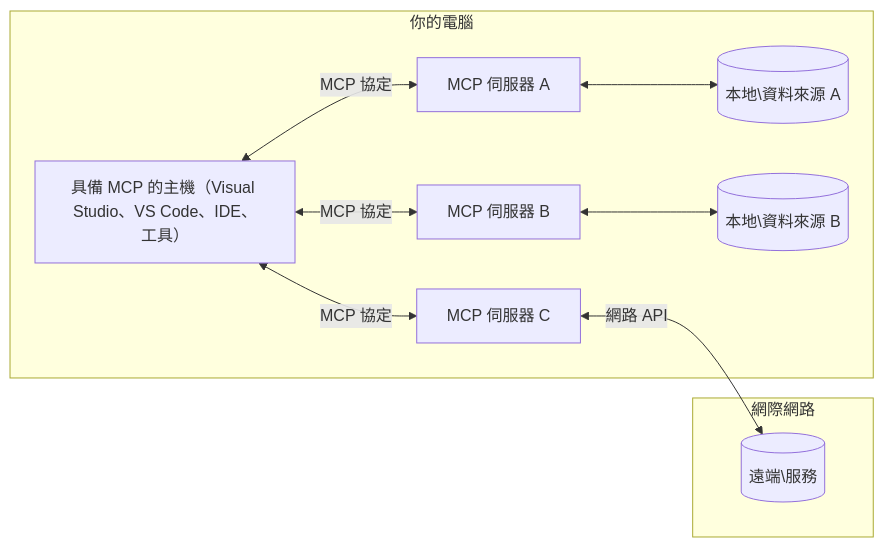
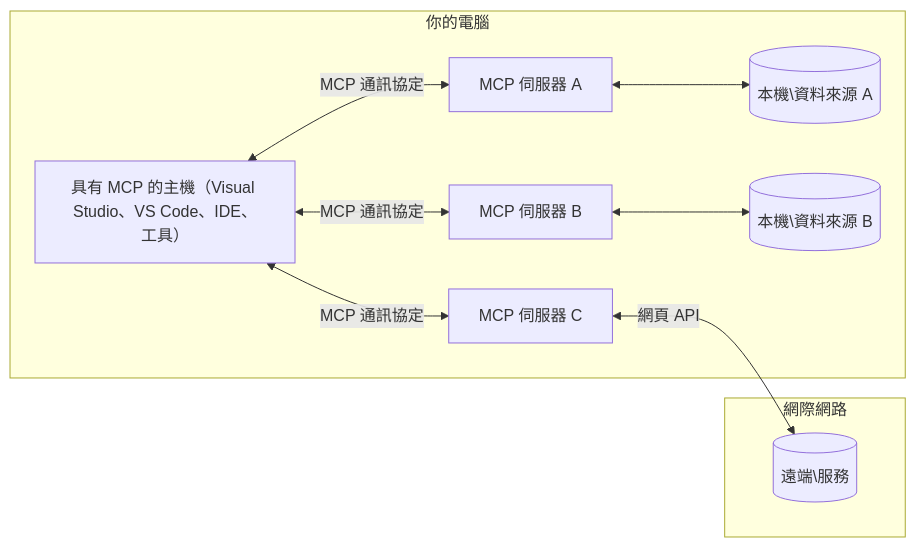
One commit to Mu-L/mcp-for-beginners changed the diagram in translations/zh-TW/01-CoreConcepts/README.md. Above: the diagram before and after it, drawn with Mermaid. The commit also changed other lines of this file and 5 other files, not shown here.

````diff
--- a/translations/zh-TW/01-CoreConcepts/README.md
+++ b/translations/zh-TW/01-CoreConcepts/README.md
@@ -45,17 +45,17 @@
 ```mermaid
 flowchart LR
     subgraph "你的電腦"
-        Host["具備 MCP 的主機（Visual Studio、VS Code、IDE、工具）"]
+        Host["具有 MCP 的主機（Visual Studio、VS Code、IDE、工具）"]
         S1["MCP 伺服器 A"]
         S2["MCP 伺服器 B"]
         S3["MCP 伺服器 C"]
-        Host <-->|"MCP 協定"| S1
-        Host <-->|"MCP 協定"| S2
-        Host <-->|"MCP 協定"| S3
-        S1 <--> D1[("本地\資料來源 A")]
-        S2 <--> D2[("本地\資料來源 B")]
+        Host <-->|"MCP 通訊協定"| S1
+        Host <-->|"MCP 通訊協定"| S2
+        Host <-->|"MCP 通訊協定"| S3
+        S1 <--> D1[("本機\資料來源 A")]
+        S2 <--> D2[("本機\資料來源 B")]
     end
     subgraph "網際網路"
-        S3 <-->|"網路 API"| D3[("遠端\服務")]
+        S3 <-->|"網頁 API"| D3[("遠端\服務")]
     end
 ```
````
